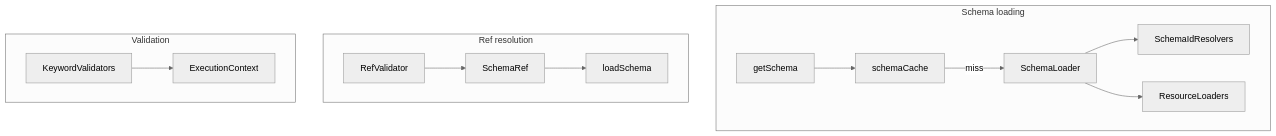
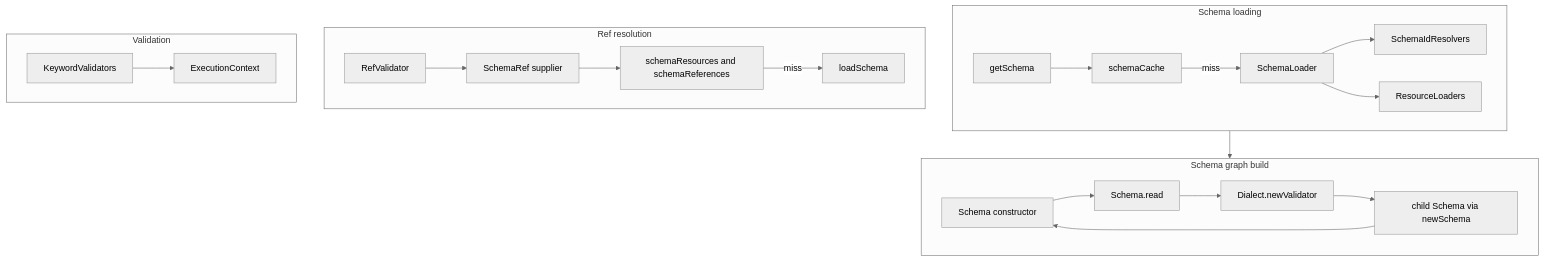
One commit to goddtriffin/json-schema-rs changed the second of 2 diagrams in research/reports/java/networknt-json-schema-validator.md. Above: the diagram before and after it, drawn with Mermaid (neutral theme). The commit also changed other lines of this file and 51 other files, not shown here.

````diff
--- a/research/reports/java/networknt-json-schema-validator.md
+++ b/research/reports/java/networknt-json-schema-validator.md
@@ -124,26 +135,39 @@
 ```mermaid
 flowchart TB
   subgraph load [Schema loading]
     getSchema[getSchema]
     Cache[schemaCache]
     SchemaLoader[SchemaLoader]
     Resolvers[SchemaIdResolvers]
     Loaders[ResourceLoaders]
     getSchema --> Cache
     Cache -->|miss| SchemaLoader
     SchemaLoader --> Resolvers
     SchemaLoader --> Loaders
   end
+  subgraph build [Schema graph build]
+    SchemaCtor[Schema constructor]
+    ReadValidators[Schema.read]
+    Dialect[Dialect.newValidator]
+    ChildSchemas[child Schema via newSchema]
+    SchemaCtor --> ReadValidators
+    ReadValidators --> Dialect
+    Dialect --> ChildSchemas
+    ChildSchemas --> SchemaCtor
+  end
   subgraph ref [Ref resolution]
     RefValidator[RefValidator]
-    SchemaRef[SchemaRef]
+    SchemaRef[SchemaRef supplier]
+    Resources[schemaResources and schemaReferences]
     loadSchema[loadSchema]
     RefValidator --> SchemaRef
-    SchemaRef --> loadSchema
+    SchemaRef --> Resources
+    Resources -->|miss| loadSchema
   end
   subgraph validate [Validation]
     Validators[KeywordValidators]
     ExecutionContext[ExecutionContext]
     Validators --> ExecutionContext
   end
+  load --> build
 ```
````
